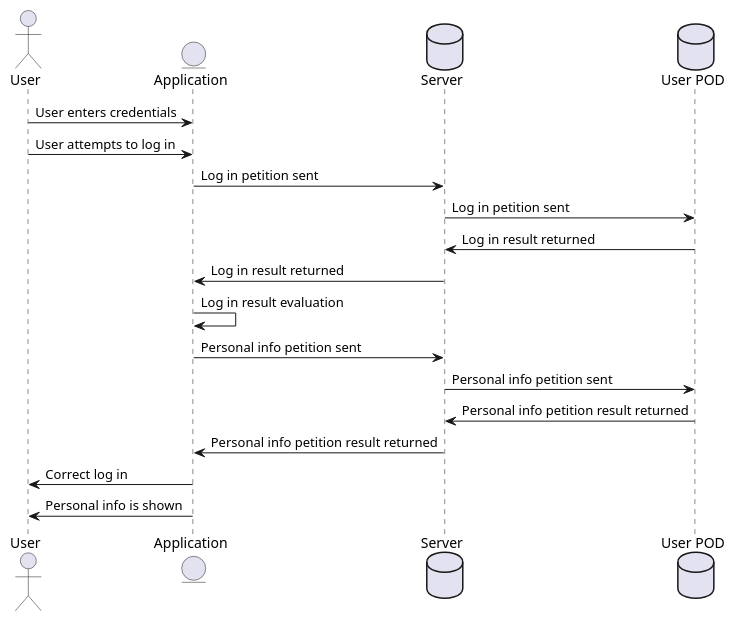
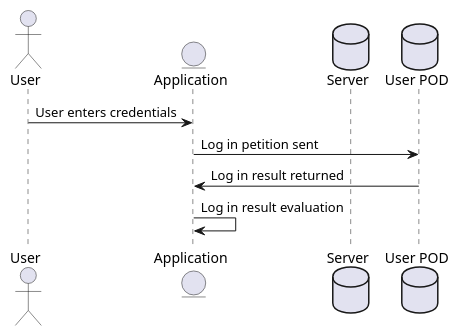
The first of 3 diagrams in docs/06_runtime_view.adoc (Arquisoft/lomap_es1a), drawn with PlantUML before and after one commit. The commit also changed other lines of this file, not shown here.

```diff
--- a/docs/06_runtime_view.adoc
+++ b/docs/06_runtime_view.adoc
@@ -8,20 +8,11 @@
 [plantuml,"Login diagram",png] 
 ---- 
 actor User as "User"
 entity Application as "Application"
 database Server as "Server"
 database Pod as "User POD"
 User -> Application: User enters credentials
-User -> Application: User attempts to log in
-Application -> Server: Log in petition sent
-Server -> Pod: Log in petition sent
-Pod -> Server: Log in result returned
-Server -> Application: Log in result returned
+Application -> Pod: Log in petition sent
+Pod -> Application: Log in result returned
 Application -> Application: Log in result evaluation
-Application -> Server: Personal info petition sent
-Server -> Pod: Personal info petition sent
-Pod -> Server: Personal info petition result returned
-Server -> Application: Personal info petition result returned
-Application -> User: Correct log in
-Application -> User: Personal info is shown
 ----  
```
